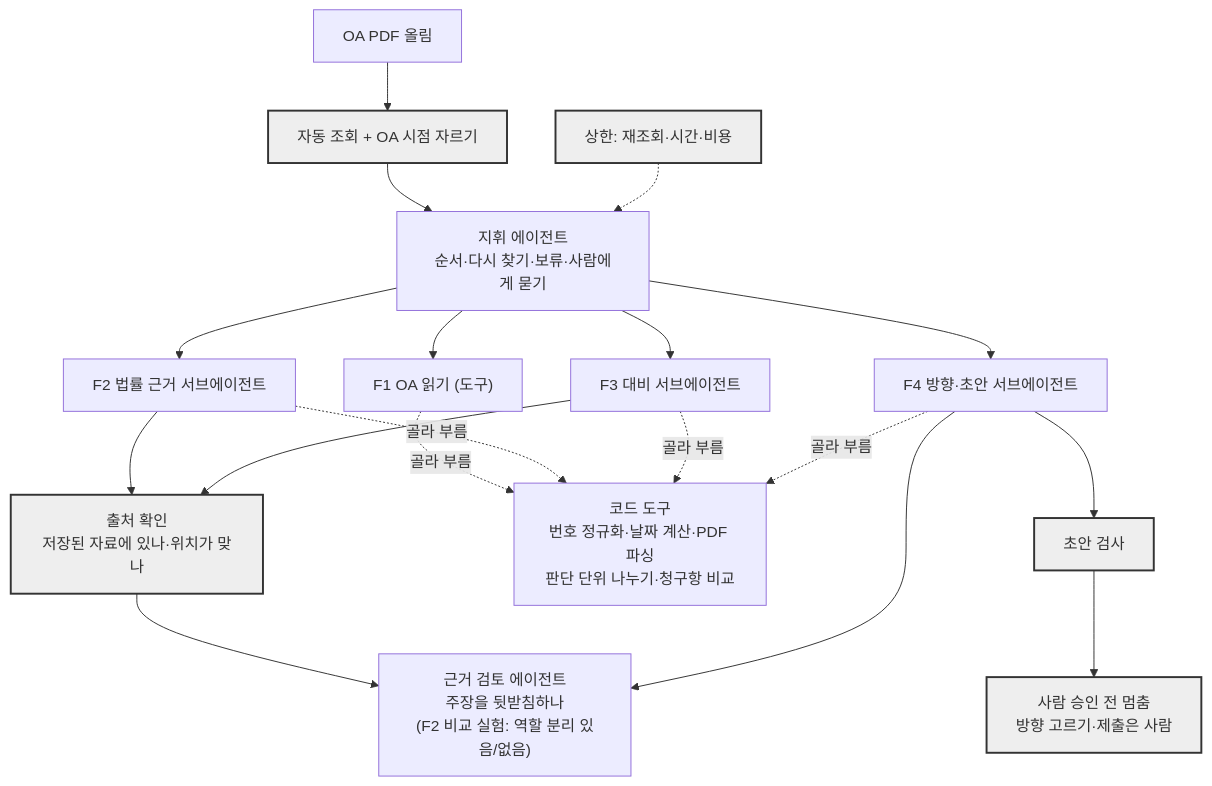
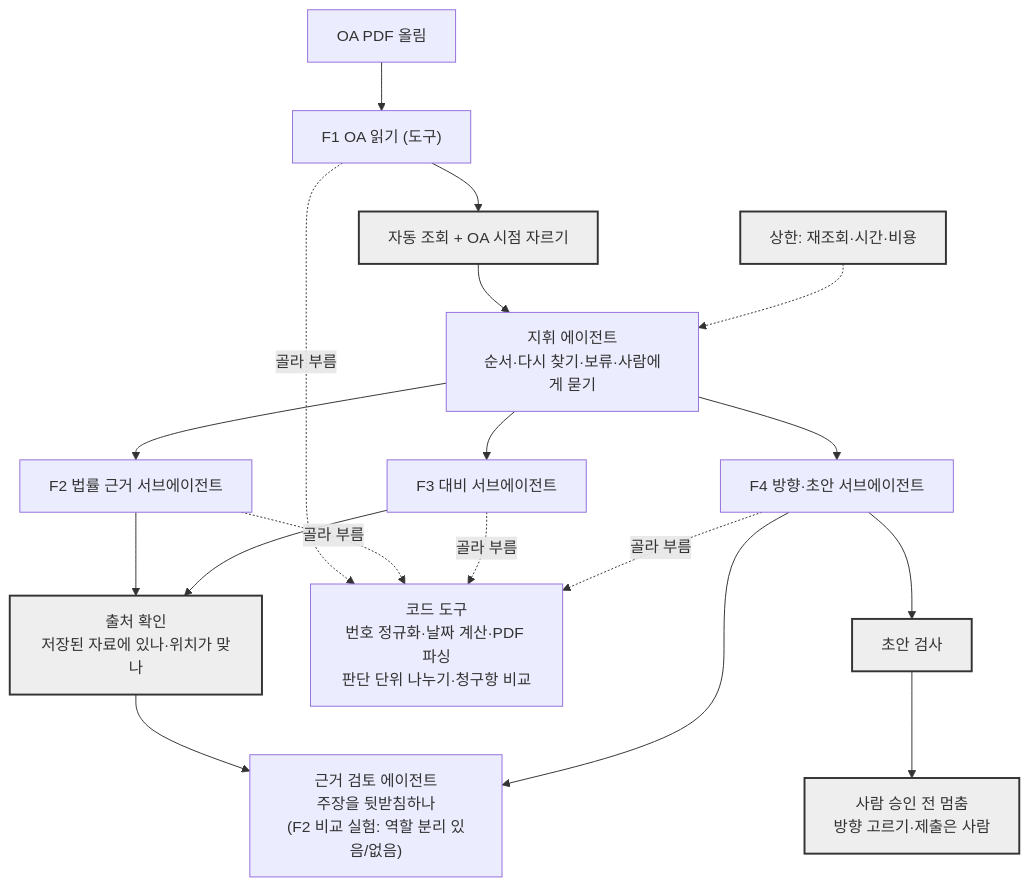
One commit to merge-mates/patent-ai-workspace changed the second of 2 diagrams in docs/architecture.md. Above: the diagram before and after it, drawn with Mermaid. The commit also changed 5 other files, not shown here.

````diff
--- a/docs/architecture.md
+++ b/docs/architecture.md
@@ -94,18 +94,18 @@
 ```mermaid
 flowchart TD
-  IN["OA PDF 올림"] --> CUT["자동 조회 + OA 시점 자르기"]
+  IN["OA PDF 올림"] --> F1["F1 OA 읽기 (도구)"]
+  F1 --> CUT["자동 조회 + OA 시점 자르기"]
   CUT --> O["지휘 에이전트<br/>순서·다시 찾기·보류·사람에게 묻기"]
-  O --> F1["F1 OA 읽기 (도구)"]
   O --> F3["F3 대비 서브에이전트"]
   O --> F2["F2 법률 근거 서브에이전트"]
   O --> F4["F4 방향·초안 서브에이전트"]
   F2 & F3 --> SRC["출처 확인<br/>저장된 자료에 있나·위치가 맞나"]
   SRC --> V["근거 검토 에이전트<br/>주장을 뒷받침하나<br/>(F2 비교 실험: 역할 분리 있음/없음)"]
   F4 --> V
   F1 & F2 & F3 & F4 -.골라 부름.-> T["코드 도구<br/>번호 정규화·날짜 계산·PDF 파싱<br/>판단 단위 나누기·청구항 비교"]
   F4 --> CHK["초안 검사"]
   CHK --> HUMAN["사람 승인 전 멈춤<br/>방향 고르기·제출은 사람"]
   LIM["상한: 재조회·시간·비용"] -.-> O
   classDef fixed fill:#eee,stroke:#333,stroke-width:2px;
   class CUT,SRC,CHK,HUMAN,LIM fixed
 ```
````
